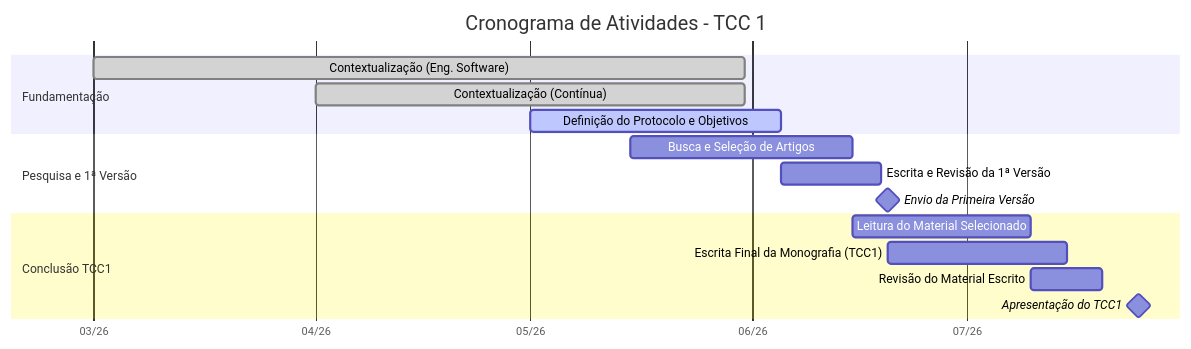
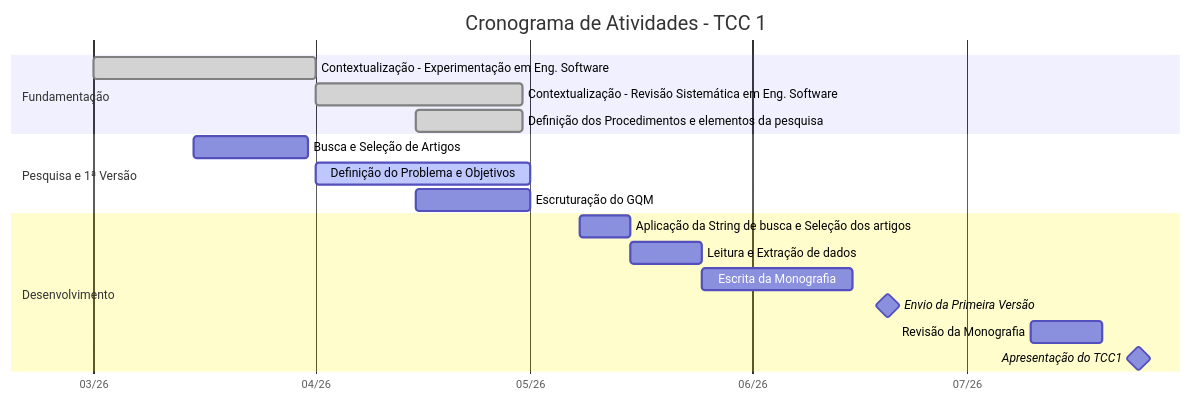
One commit to storch7/TCC_gstorch changed the diagram in CRONOGRAMA.md. Above: the diagram before and after it, drawn with Mermaid.

Commit message:
Readequação do gantt

````diff
--- a/CRONOGRAMA.md
+++ b/CRONOGRAMA.md
@@ -9,22 +9,24 @@
 ```mermaid
 gantt
     title Cronograma de Atividades - TCC 1
     dateFormat  YYYY-MM-DD
     axisFormat  %m/%y
     
     section Fundamentação
-    Contextualização (Eng. Software)     :done, a1, 2026-03-01, 2026-05-31
-    Contextualização (Contínua)          :done, a2, 2026-04-01, 2026-05-31
-    Definição do Protocolo e Objetivos   :active, a3, 2026-05-01, 2026-06-05
+    Contextualização - Experimentação em Eng. Software     :done, a1, 2026-03-01, 2026-04-01
+    Contextualização - Revisão Sistemática em Eng. Software     :done, a2, 2026-04-01, 2026-04-30
+    Definição dos Procedimentos e elementos da pesquisa   :done, a3, 2026-04-15, 2026-04-30
     
     section Pesquisa e 1ª Versão
-    Busca e Seleção de Artigos           :b1, 2026-05-15, 2026-06-15
-    Escrita e Revisão da 1ª Versão       :b2, 2026-06-05, 2026-06-19
+    Busca e Seleção de Artigos           :b1, 2026-03-15, 2026-03-31
+    Definição do Problema e Objetivos    :active, b2, 2026-04-01, 2026-05-01
+    Escruturação do GQM                  :b3, 2026-04-15, 2026-05-01
+    
+    section Desenvolvimento
+    Aplicação da String de busca e Seleção dos artigos          :c1, 2026-05-08, 2026-05-15
+    Leitura e Extração de dados                     :c2, 2026-05-15, 2026-05-25
+    Escrita da Monografia                :c3, 2026-05-25, 2026-06-15
     Envio da Primeira Versão             :milestone, m1, 2026-06-20, 0d
-    
-    section Conclusão TCC1
-    Leitura do Material Selecionado      :c1, 2026-06-15, 2026-07-10
-    Escrita Final da Monografia (TCC1)   :c2, 2026-06-20, 2026-07-15
-    Revisão do Material Escrito          :c3, 2026-07-10, 2026-07-20
+    Revisão da Monografia          :c4, 2026-07-10, 2026-07-20
     Apresentação do TCC1                 :milestone, m2, 2026-07-25, 0d
 ```
````
